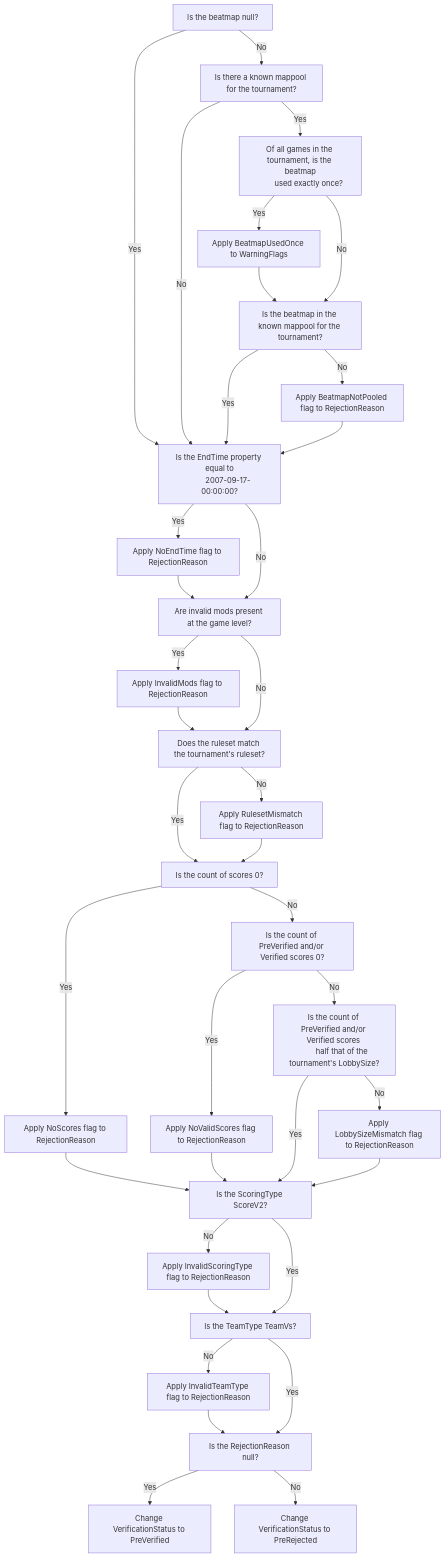
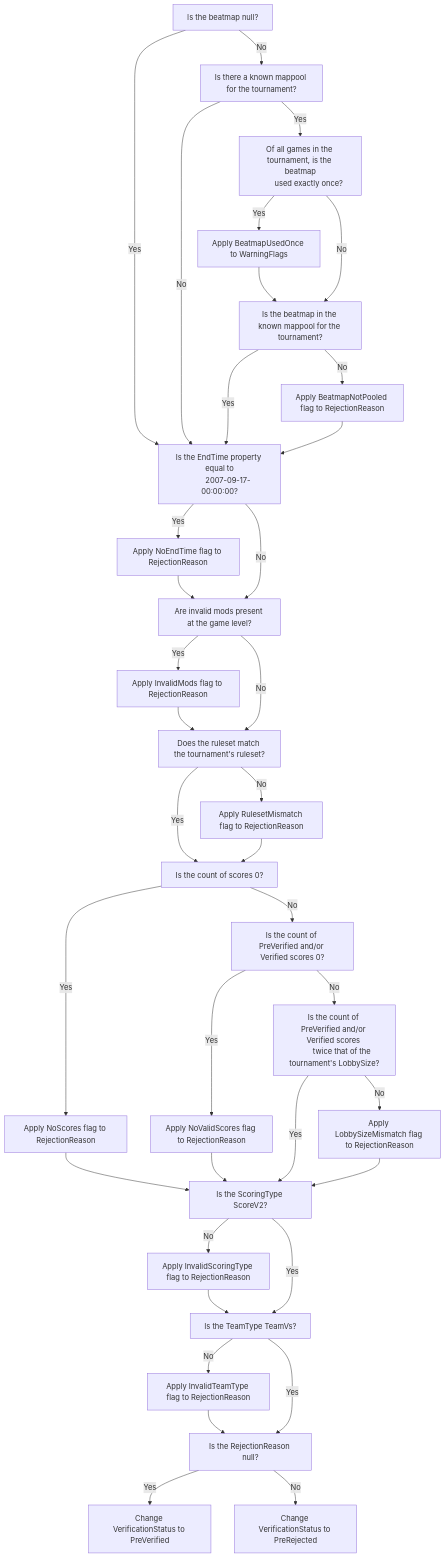
One commit to osu-tournament-rating/otr-docs changed the fourth of 5 diagrams in docs/topics/Automated-Checks.md. Above: the diagram before and after it, drawn with Mermaid. The commit also changed other lines of this file, not shown here.

````diff
--- a/docs/topics/Automated-Checks.md
+++ b/docs/topics/Automated-Checks.md
@@ -162,58 +160,58 @@
 ```Mermaid
 flowchart TD;
     A[Is the beatmap null?]
     B[Is there a known mappool for the tournament?]
     C[Of all games in the tournament, is the beatmap
         used exactly once?]
     D[Apply BeatmapUsedOnce to WarningFlags]
     E[Is the beatmap in the known mappool for the tournament?]
     F[Apply BeatmapNotPooled flag to RejectionReason]
     G[Is the EndTime property equal to
         2007-09-17-00:00:00?]
     H[Apply NoEndTime flag to RejectionReason]
     I[Are invalid mods present at the game level?]
     J[Apply InvalidMods flag to RejectionReason]
     K[Does the ruleset match the tournament's ruleset?]
     L[Apply RulesetMismatch flag to RejectionReason]
     M[Is the count of scores 0?]
     N[Apply NoScores flag to RejectionReason]
     O[Is the count of PreVerified and/or Verified scores 0?]
     P[Apply NoValidScores flag to RejectionReason]
     Q[Is the count of PreVerified and/or Verified scores 
-        half that of the tournament's LobbySize?]
+        twice that of the tournament's LobbySize?]
     R[Apply LobbySizeMismatch flag to RejectionReason]
     S[Is the ScoringType ScoreV2?]
     T[Apply InvalidScoringType flag to RejectionReason]
     U[Is the TeamType TeamVs?]
     V[Apply InvalidTeamType flag to RejectionReason]
    PreTerm[Is the RejectionReason null?]
    TermPositive[Change VerificationStatus to PreVerified]
    TermNegative[Change VerificationStatus to PreRejected]
     
     A -- Yes --> G
     A -- No --> B
     B -- Yes --> C
     B -- No --> G
     C -- Yes --> D --> E
     C -- No --> E
     E -- Yes --> G
     E -- No --> F --> G
     G -- Yes --> H --> I
     G -- No --> I
     I -- Yes --> J --> K
     I -- No --> K
     K -- Yes --> M
     K -- No --> L --> M
     M -- Yes --> N --> S
     M -- No --> O
     O -- Yes --> P --> S
     O -- No --> Q
     Q -- Yes --> S
     Q -- No --> R --> S
     S -- No --> T --> U
     S -- Yes --> U
     U -- No --> V --> PreTerm
     U -- Yes --> PreTerm
     PreTerm -- Yes --> TermPositive
     PreTerm -- No --> TermNegative
 ```
````
